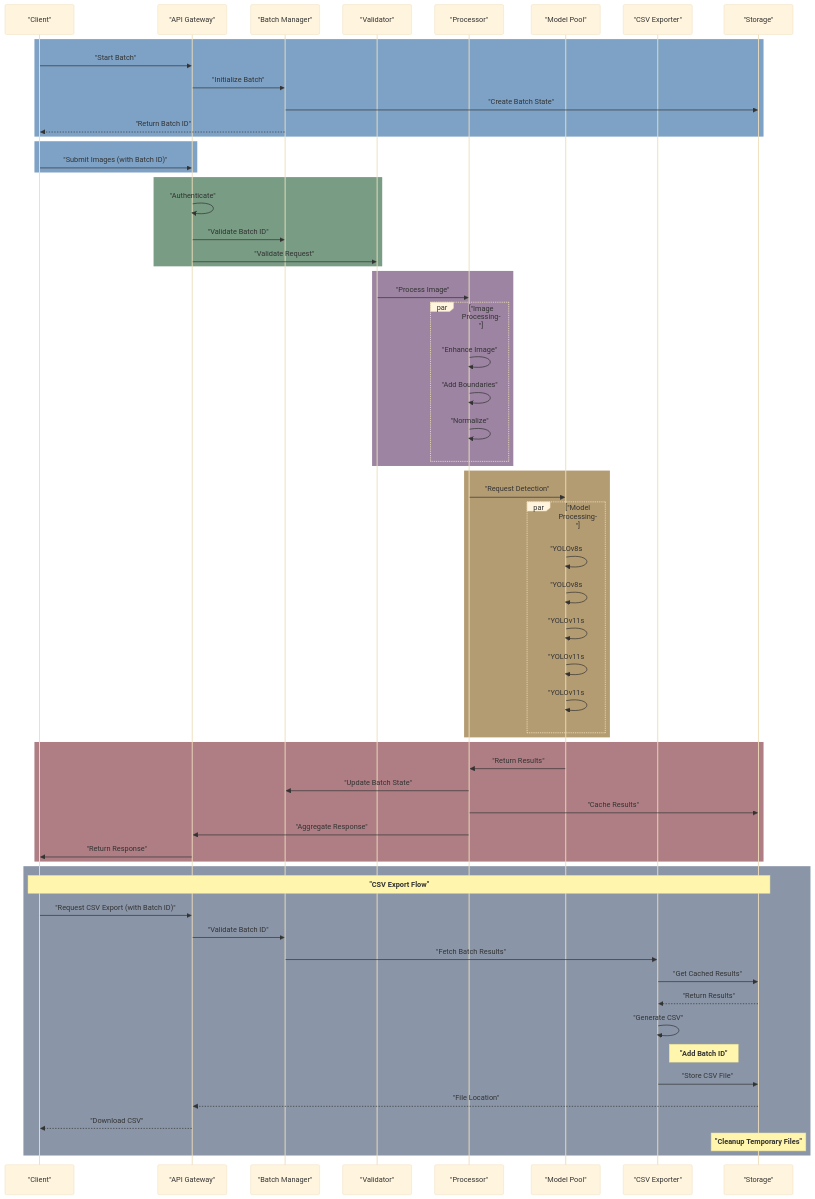
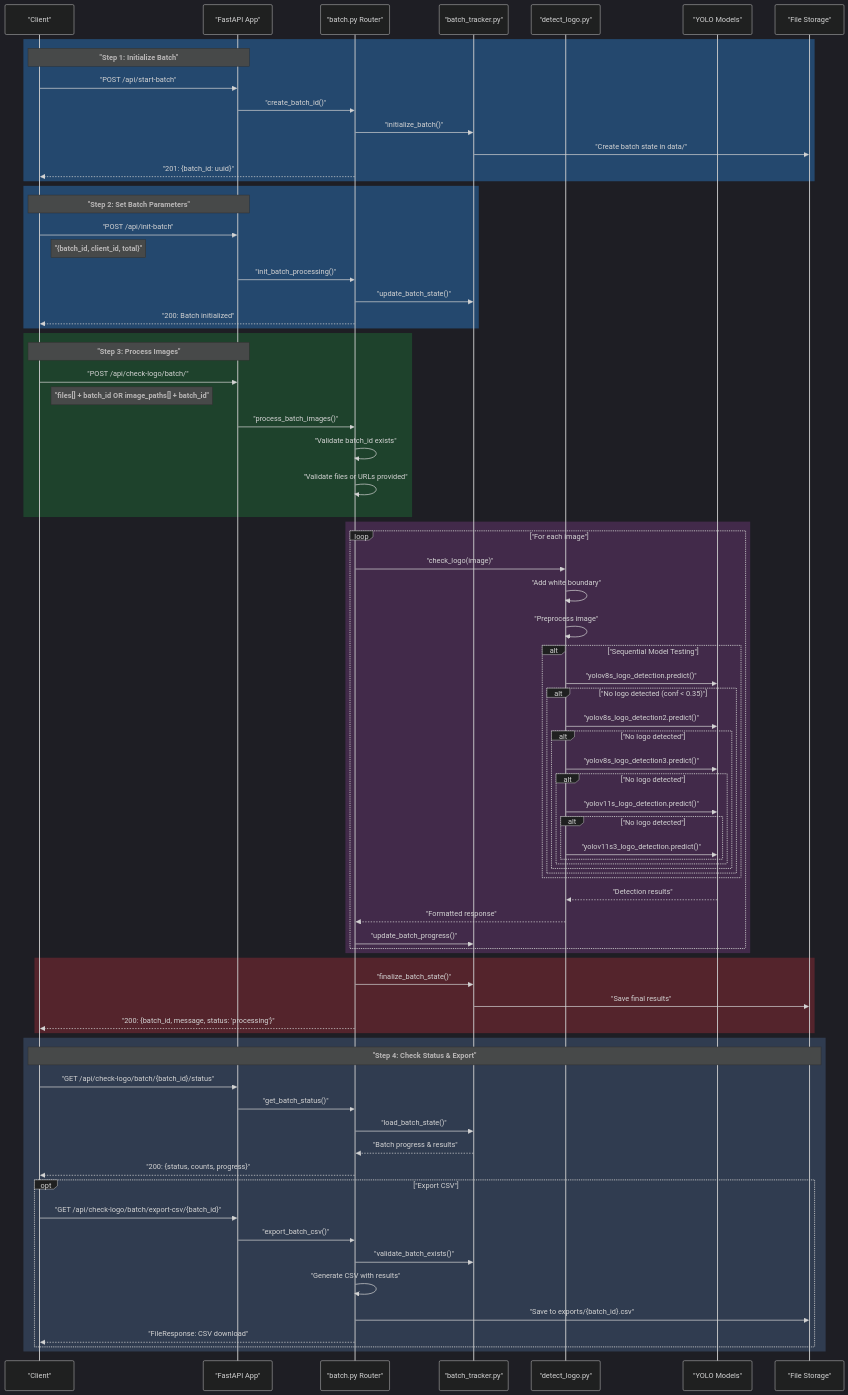
Before and after one commit to Dhruv0306/SymphonyProject1: the diagram in docs/images/Batch Processing Flow.mmd, drawn with Mermaid. The commit also changed 36 other files, not shown here.

First line of the commit message:
docs: enhance architecture and feature documentation

```diff
--- a/docs/images/Batch Processing Flow.mmd
+++ b/docs/images/Batch Processing Flow.mmd
@@ -1,72 +1,88 @@
-%%{init: {'theme': 'base', 'themeVariables': { 'fontFamily': 'arial', 'fontSize': '18px', 'fontWeight': 'bold', 'messageFontWeight': 'bold', 'noteFontWeight': 'bold'}}}%%
+%%{init: {'theme': 'dark', 'themeVariables': { 'fontFamily': 'arial', 'fontSize': '18px', 'fontWeight': 'bold', 'messageFontWeight': 'bold', 'noteFontWeight': 'bold'}}}%%
 sequenceDiagram
     participant C as "Client"
-    participant A as "API Gateway"
-    participant B as "Batch Manager"
-    participant V as "Validator"
-    participant P as "Processor"
-    participant M as "Model Pool"
-    participant E as "CSV Exporter"
-    participant S as "Storage"
+    participant A as "FastAPI App"
+    participant B as "batch.py Router"
+    participant T as "batch_tracker.py"
+    participant D as "detect_logo.py"
+    participant M as "YOLO Models"
+    participant S as "File Storage"
 
     rect rgba(40, 100, 160, 0.6)
-        C->>A: "Start Batch"
-        A->>B: "Initialize Batch"
-        B->>S: "Create Batch State"
-        B-->>C: "Return Batch ID"
+        Note over C,A: "Step 1: Initialize Batch"
+        C->>A: "POST /api/start-batch"
+        A->>B: "create_batch_id()"
+        B->>T: "initialize_batch()"
+        T->>S: "Create batch state in data/"
+        B-->>C: "201: {batch_id: uuid}"
     end
 
     rect rgba(40, 100, 160, 0.6)
-        C->>A: "Submit Images (with Batch ID)"
+        Note over C,A: "Step 2: Set Batch Parameters"
+        C->>A: "POST /api/init-batch"
+        Note right of C: "{batch_id, client_id, total}"
+        A->>B: "init_batch_processing()"
+        B->>T: "update_batch_state()"
+        B-->>C: "200: Batch initialized"
     end
     
     rect rgba(30, 90, 50, 0.6)
-        A->>A: "Authenticate"
-        A->>B: "Validate Batch ID"
-        A->>V: "Validate Request"
+        Note over C,A: "Step 3: Process Images"
+        C->>A: "POST /api/check-logo/batch/"
+        Note right of C: "files[] + batch_id OR image_paths[] + batch_id"
+        A->>B: "process_batch_images()"
+        B->>B: "Validate batch_id exists"
+        B->>B: "Validate files or URLs provided"
     end
     
     rect rgba(90, 50, 100, 0.6)
-        V->>P: "Process Image"
-        
-        par "Image Processing"
-            P->>P: "Enhance Image"
-            P->>P: "Add Boundaries"
-            P->>P: "Normalize"
-        end
-    end
-    
-    rect rgba(130, 90, 20, 0.6) 
-        P->>M: "Request Detection"
-        
-        par "Model Processing"
-            M->>M: "YOLOv8s #1"
-            M->>M: "YOLOv8s #2"
-            M->>M: "YOLOv11s #1"
-            M->>M: "YOLOv11s #2"
-            M->>M: "YOLOv11s #3"
+        loop "For each image"
+            B->>D: "check_logo(image)"
+            D->>D: "Add white boundary"
+            D->>D: "Preprocess image"
+            
+            alt "Sequential Model Testing"
+                D->>M: "yolov8s_logo_detection.predict()"
+                alt "No logo detected (conf < 0.35)"
+                    D->>M: "yolov8s_logo_detection2.predict()"
+                    alt "No logo detected"
+                        D->>M: "yolov8s_logo_detection3.predict()"
+                        alt "No logo detected"
+                            D->>M: "yolov11s_logo_detection.predict()"
+                            alt "No logo detected"
+                                D->>M: "yolov11s3_logo_detection.predict()"
+                            end
+                        end
+                    end
+                end
+            end
+            
+            M-->>D: "Detection results"
+            D-->>B: "Formatted response"
+            B->>T: "update_batch_progress()"
         end
     end
     
     rect rgba(120, 40, 50, 0.6)
-        M->>P: "Return Results"
-        P->>B: "Update Batch State"
-        P->>S: "Cache Results"
-        P->>A: "Aggregate Response"
-        A->>C: "Return Response"
+        B->>T: "finalize_batch_state()"
+        T->>S: "Save final results"
+        B-->>C: "200: {batch_id, message, status: 'processing'}"
     end
 
     rect rgba(60, 80, 110, 0.6)
-        Note over C,S: "CSV Export Flow"
-        C->>A: "Request CSV Export (with Batch ID)"
-        A->>B: "Validate Batch ID"
-        B->>E: "Fetch Batch Results"
-        E->>S: "Get Cached Results"
-        S-->>E: "Return Results"
-        E->>E: "Generate CSV"
-        Note right of E: "Add Batch ID"
-        E->>S: "Store CSV File"
-        S-->>A: "File Location"
-        A-->>C: "Download CSV"
-        Note over S: "Cleanup Temporary Files"
+        Note over C,S: "Step 4: Check Status & Export"
+        C->>A: "GET /api/check-logo/batch/{batch_id}/status"
+        A->>B: "get_batch_status()"
+        B->>T: "load_batch_state()"
+        T-->>B: "Batch progress & results"
+        B-->>C: "200: {status, counts, progress}"
+        
+        opt "Export CSV"
+            C->>A: "GET /api/check-logo/batch/export-csv/{batch_id}"
+            A->>B: "export_batch_csv()"
+            B->>T: "validate_batch_exists()"
+            B->>B: "Generate CSV with results"
+            B->>S: "Save to exports/{batch_id}.csv"
+            B-->>C: "FileResponse: CSV download"
+        end
     end
```
